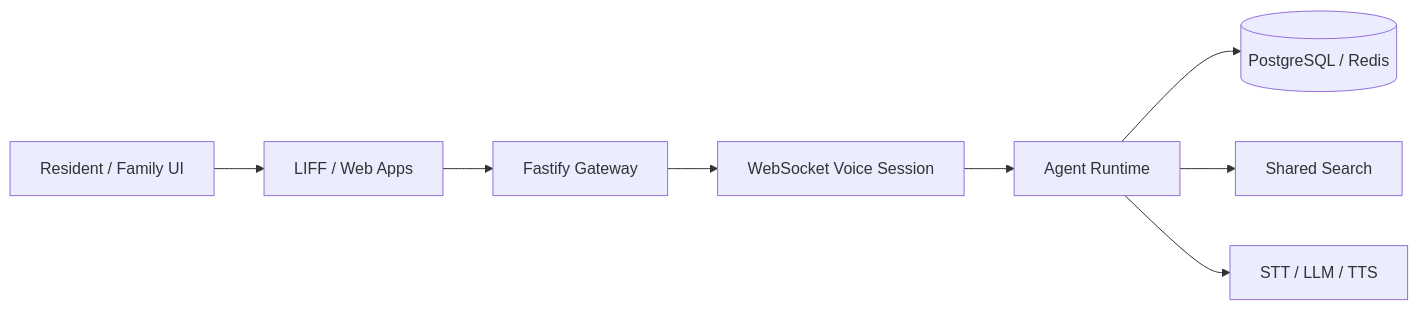
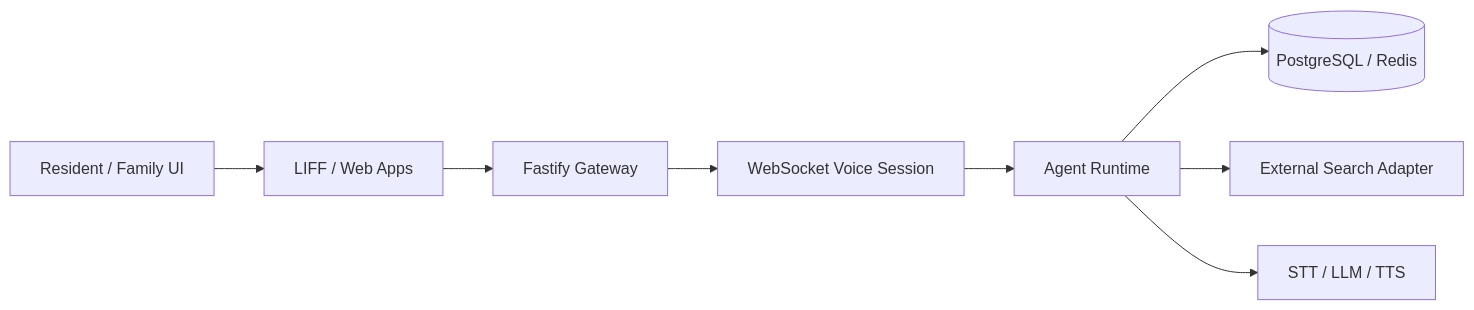
The diagram in projects/memoa-ai-agent/diagrams/system-architecture.mmd (yoAkyoku/professional-projects), drawn with Mermaid before and after one commit. The commit also changed other lines of this file and 16 other files, not shown here.

```diff
--- a/projects/memoa-ai-agent/diagrams/system-architecture.mmd
+++ b/projects/memoa-ai-agent/diagrams/system-architecture.mmd
@@ -1,8 +1,8 @@
 flowchart LR
     resident[Resident / Family UI] --> liff[LIFF / Web Apps]
     liff --> gateway[Fastify Gateway]
     gateway --> ws[WebSocket Voice Session]
     ws --> agent[Agent Runtime]
     agent --> data[(PostgreSQL / Redis)]
-    agent --> search[Shared Search]
+     agent --> search[External Search Adapter]
     agent --> voice[STT / LLM / TTS]
```
